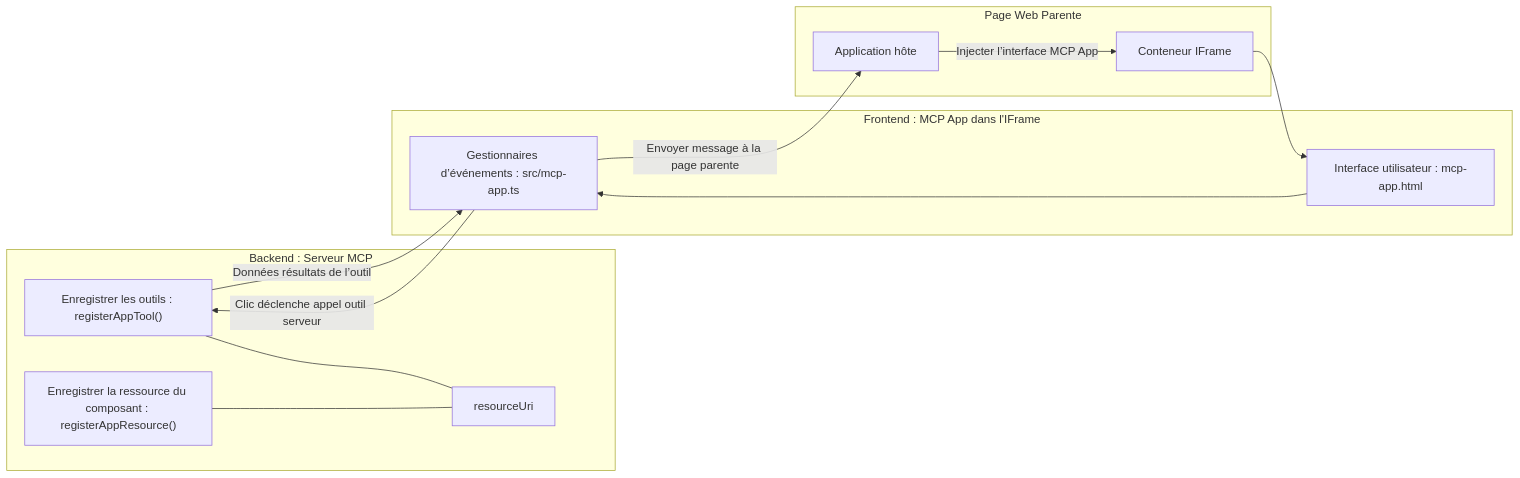
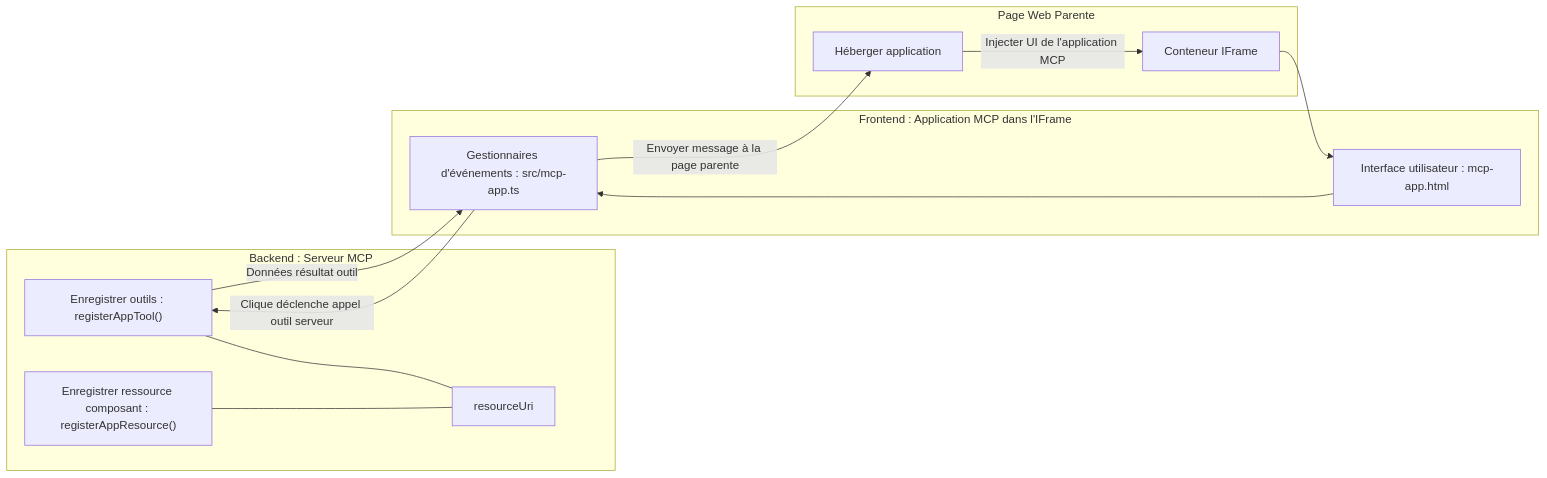
One commit to HIDORAKAI002/ai-workspace-archive changed the diagram in mcp_ecosystem__model_context_protocol/mcp_learning_resources/mcp-for-beginners/translations/fr/03-GettingStarted/15-mcp-apps/README.md. Above: the diagram before and after it, drawn with Mermaid. The commit also changed other lines of this file and 1160 other files, not shown here.

````diff
--- a/mcp_ecosystem__model_context_protocol/mcp_learning_resources/mcp-for-beginners/translations/fr/03-GettingStarted/15-mcp-apps/README.md
+++ b/mcp_ecosystem__model_context_protocol/mcp_learning_resources/mcp-for-beginners/translations/fr/03-GettingStarted/15-mcp-apps/README.md
@@ -32,27 +32,27 @@
 ```mermaid
 flowchart LR
   subgraph Backend[Backend : Serveur MCP]
-    T["Enregistrer les outils : registerAppTool()"]
-    C["Enregistrer la ressource du composant : registerAppResource()"]
+    T["Enregistrer outils : registerAppTool()"]
+    C["Enregistrer ressource composant : registerAppResource()"]
     U[resourceUri]
     T --- U
     C --- U
   end
 
   subgraph Parent[Page Web Parente]
-    H[Application hôte]
+    H[Héberger application]
     IFRAME[Conteneur IFrame]
-    H -->|Injecter l’interface MCP App| IFRAME
+    H -->|Injecter UI de l'application MCP| IFRAME
   end
 
-  subgraph Frontend[Frontend : MCP App dans l'IFrame]
+  subgraph Frontend[Frontend : Application MCP dans l'IFrame]
     UI["Interface utilisateur : mcp-app.html"]
-    EH["Gestionnaires d’événements : src/mcp-app.ts"]
+    EH["Gestionnaires d'événements : src/mcp-app.ts"]
     UI --> EH
   end
 
   IFRAME --> UI
-  EH -->|Clic déclenche appel outil serveur| T
-  T -->|Données résultats de l’outil| EH
+  EH -->|Clique déclenche appel outil serveur| T
+  T -->|Données résultat outil| EH
   EH -->|Envoyer message à la page parente| H
 ```  
````
